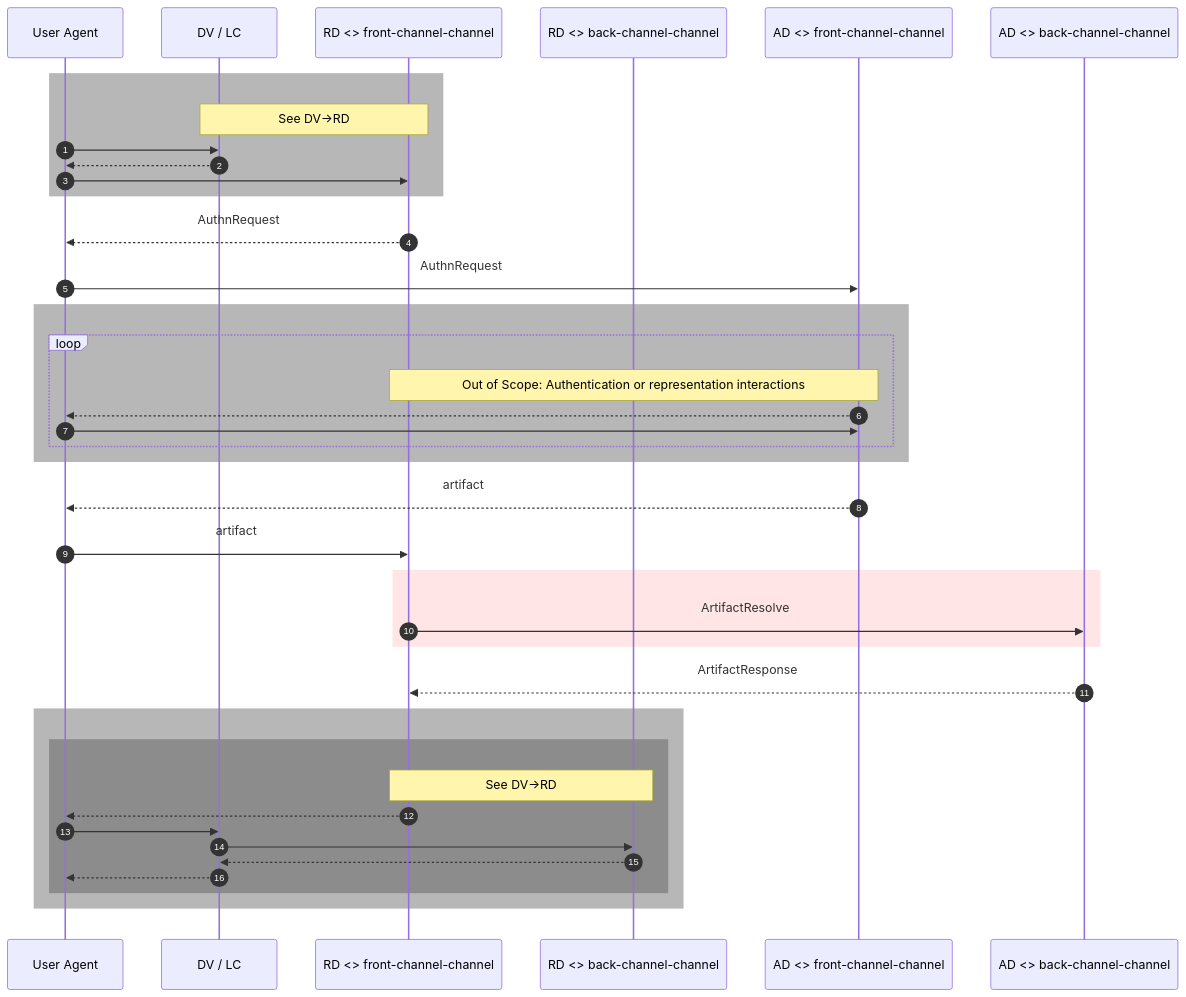
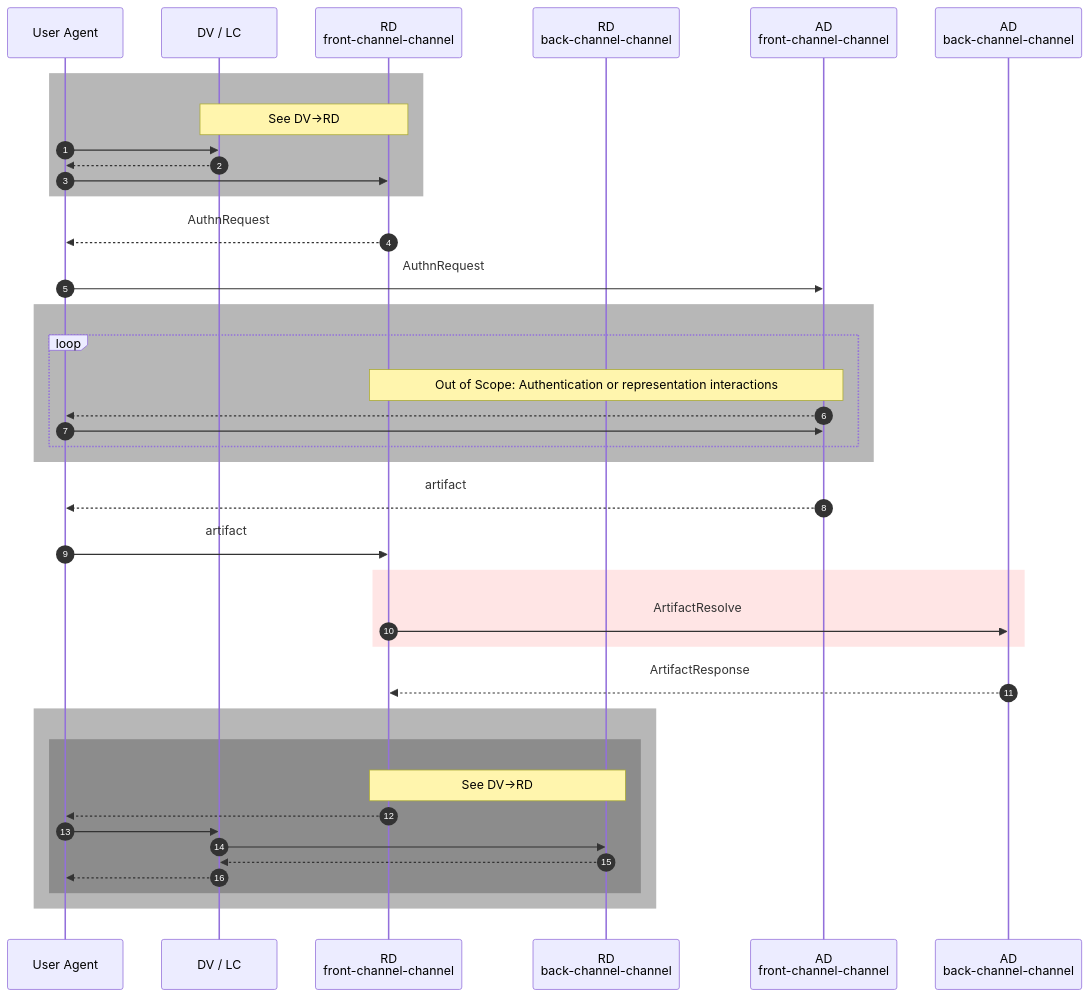
Before and after one commit to Logius-standaarden/st-saml-spec: the diagram in media/saml-authentication-flow-rd-ad-bvd-artifact-resolve.mermaid, drawn with Mermaid. The commit also changed 12 other files, not shown here.

Commit message:
Beheer: gebruik newlines in Mermaid diagrammen

```diff
--- a/media/saml-authentication-flow-rd-ad-bvd-artifact-resolve.mermaid
+++ b/media/saml-authentication-flow-rd-ad-bvd-artifact-resolve.mermaid
@@ -1,43 +1,43 @@
 %%{init: {
     "themeVariables": {"fontSize": "24px"},
     "sequence": {"boxMargin": 20}
 }}%%
 sequenceDiagram
 autonumber
 participant A as User Agent
 participant B as DV / LC
-participant C as RD <> front-channel-channel
-participant D as RD <> back-channel-channel
-participant E as AD <> front-channel-channel
-participant F as AD <> back-channel-channel
+participant C as RD <br /> front-channel-channel
+participant D as RD <br /> back-channel-channel
+participant E as AD <br /> front-channel-channel
+participant F as AD <br /> back-channel-channel
 rect rgba(75, 75, 75,.4)
     Note over B,C: See DV#8594;RD
     A->>B:
     B-->>A:
     A->>C:
 end
 C-->>A: AuthnRequest
 A->>E: AuthnRequest
 rect rgba(75, 75, 75,.4)
     loop
         Note over C,E: Out of Scope: Authentication or representation interactions
         E-->>A:
         A->>E:
     end
 end
 E-->>A: artifact
 A->>C: artifact
 rect rgba(255,0,0,.1)
     C->>F: ArtifactResolve
 end
 F-->>C: ArtifactResponse
 rect rgba(75, 75, 75,.4)
 rect rgba(75, 75, 75,.4)
     Note over C,D: See DV#8594;RD
         C-->>A:
         A->>B:
         B->>D:
         D-->>B:
         B-->>A:
 end
 end
```
